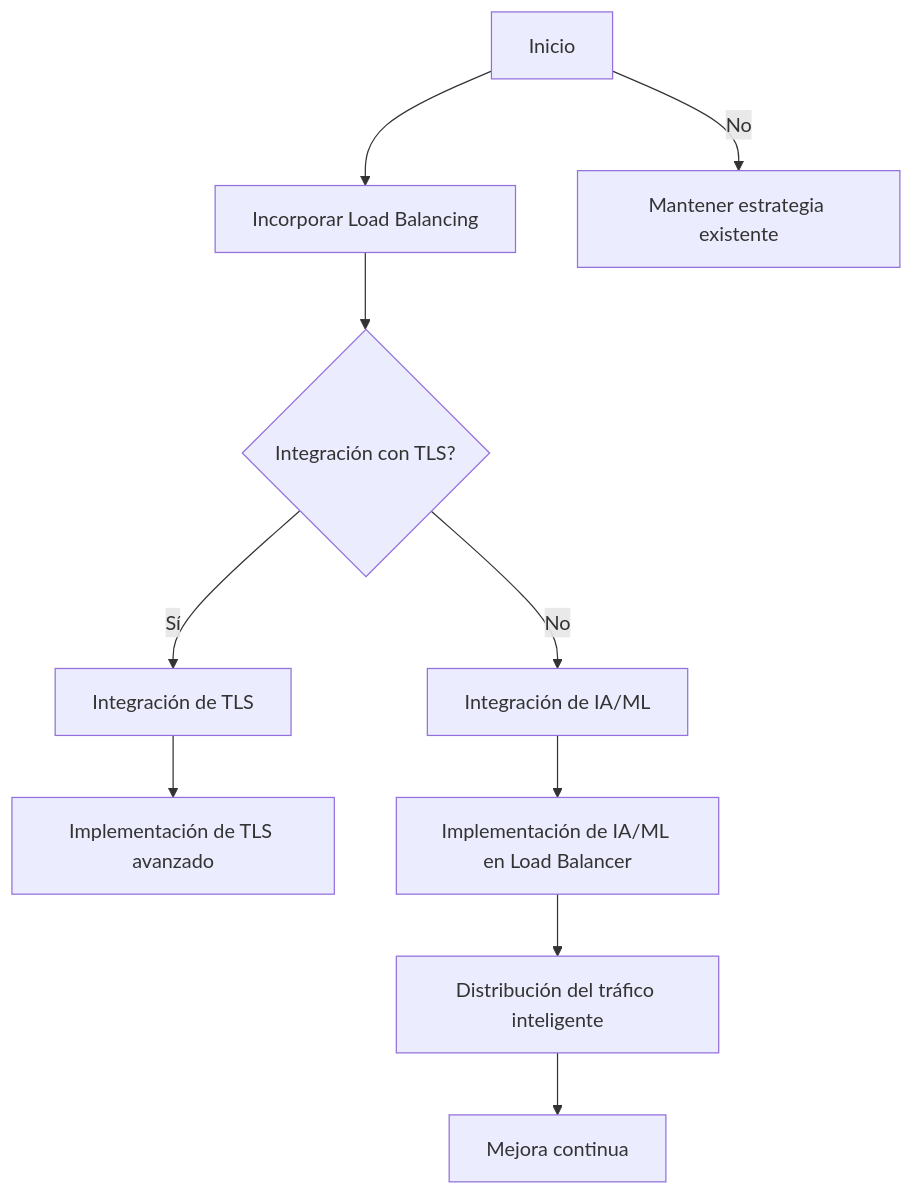
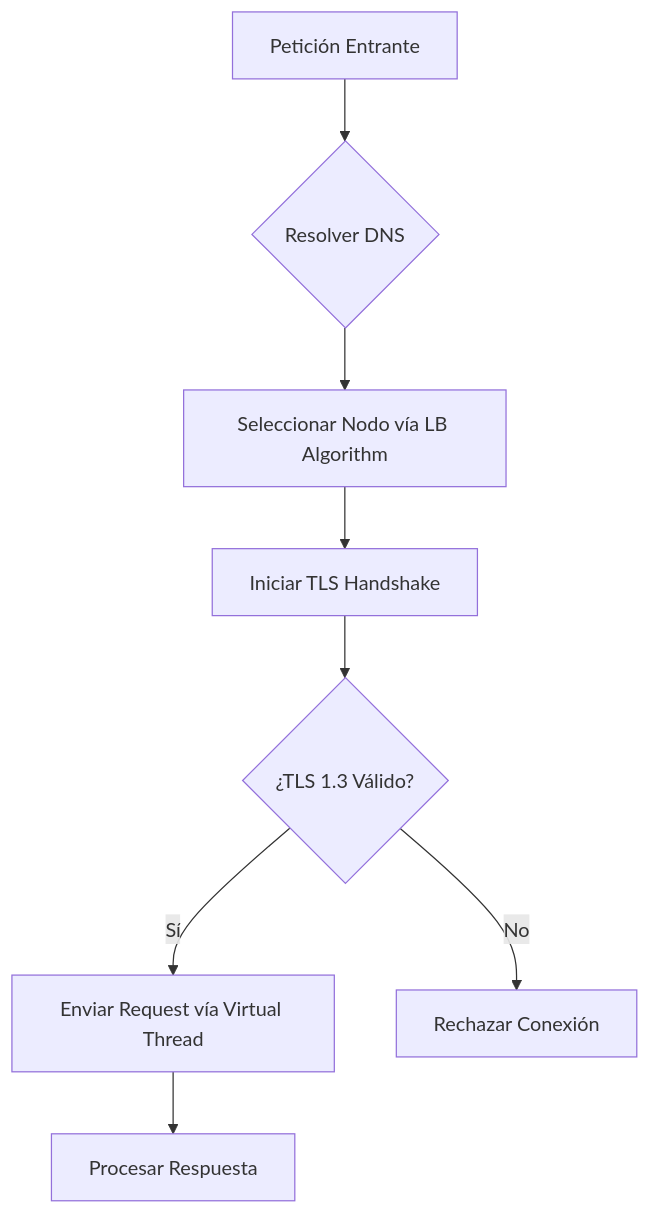
One commit to Joaquinriosheredia/DAM-Java-Mastery changed the third of 8 diagrams in _Review/dns_tls_y_load_balancing_en_sistemas_modernos/dns_tls_y_load_balancing_en_sistemas_modernos.md. Above: the diagram before and after it, drawn with Mermaid. The commit also changed other lines of this file, not shown here.

Commit message:
DNS, TLS y Load Balancing en Sistemas Modernos con Java 21

````diff
--- a/_Review/dns_tls_y_load_balancing_en_sistemas_modernos/dns_tls_y_load_balancing_en_sistemas_modernos.md
+++ b/_Review/dns_tls_y_load_balancing_en_sistemas_modernos/dns_tls_y_load_balancing_en_sistemas_modernos.md
@@ -51,12 +208,10 @@
 ```mermaid
-flowchart TD
-  A[Inicio] --> B[Incorporar Load Balancing]
-  B --> C{Integración con TLS?}
-  C -- Sí --> D[Integración de TLS]
-  C -- No --> E[Integración de IA/ML]
-  D --> F[Implementación de TLS avanzado]
-  E --> G[Implementación de IA/ML en Load Balancer]
-  G --> H[Distribución del tráfico inteligente]
-  H --> I[Mejora continua]
-  A -- No --> J[Mantener estrategia existente]
+graph TD
+    A[Petición Entrante] --> B{Resolver DNS}
+    B --> C[Seleccionar Nodo vía LB Algorithm]
+    C --> D[Iniciar TLS Handshake]
+    D --> E{¿TLS 1.3 Válido?}
+    E -- Sí --> F[Enviar Request vía Virtual Thread]
+    E -- No --> G[Rechazar Conexión]
+    F --> H[Procesar Respuesta]
 ```
````
